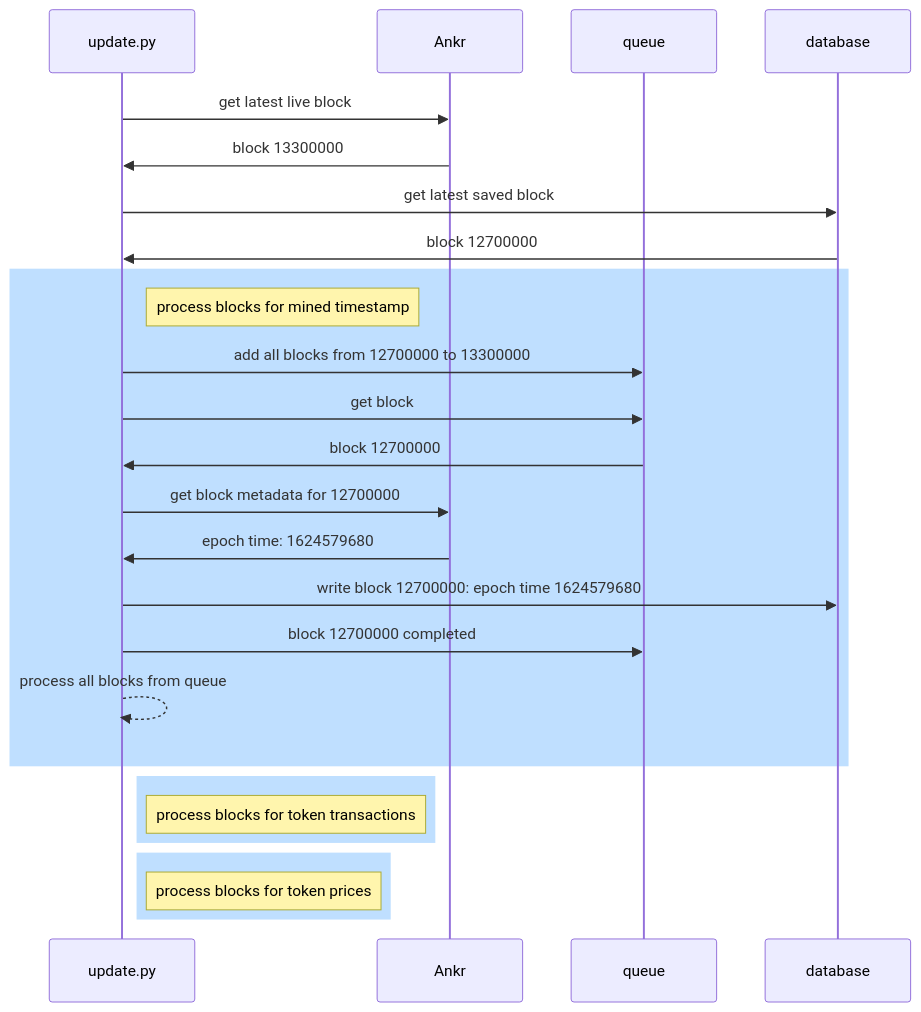
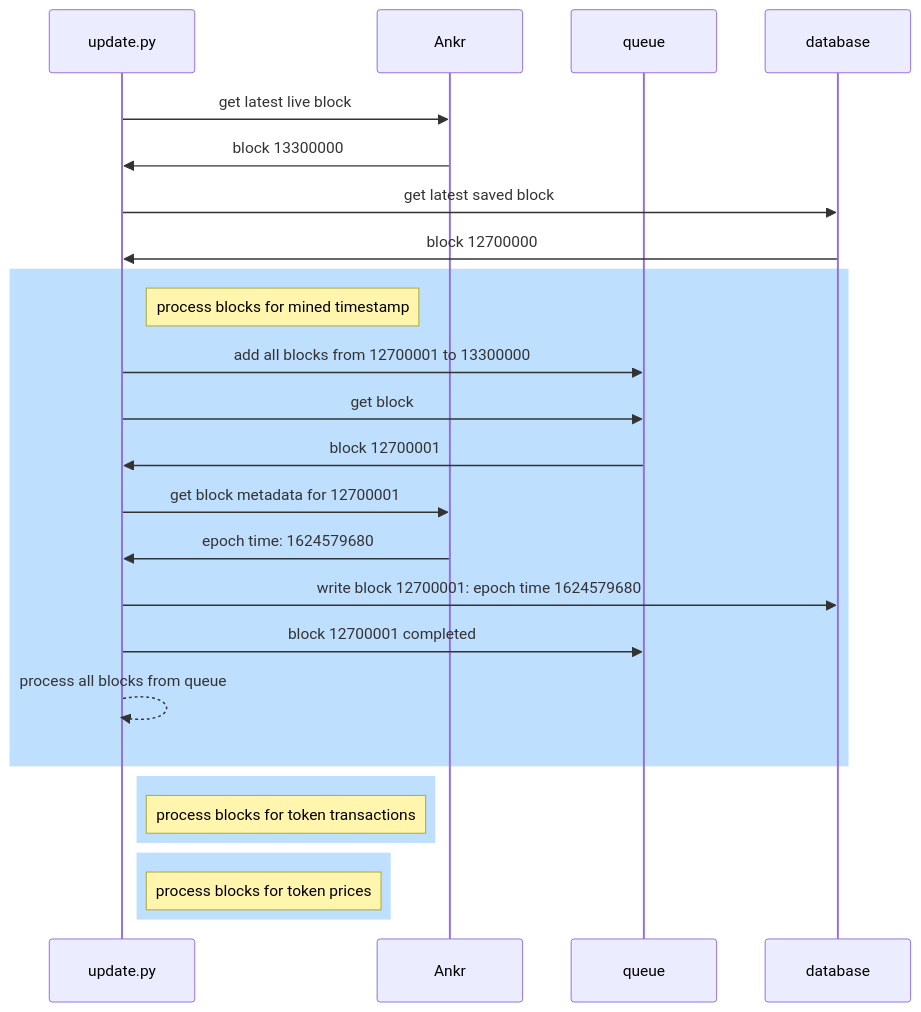
One commit to twang35/MakeItMakeCents changed the diagram in README.md. Above: the diagram before and after it, drawn with Mermaid.

Commit message:
update to next block in diagram

````diff
--- a/README.md
+++ b/README.md
@@ -15,31 +15,31 @@
 ```mermaid
 sequenceDiagram
     participant update.py
     participant Ankr
     participant queue
     participant database
     update.py->>Ankr: get latest live block
     Ankr->>update.py: block 13300000
     update.py->>database: get latest saved block
     database->>update.py: block 12700000
     
     rect rgb(191, 223, 255)
     note right of update.py: process blocks for mined timestamp
-    update.py->>queue: add all blocks from 12700000 to 13300000
+    update.py->>queue: add all blocks from 12700001 to 13300000
     update.py->>queue: get block
-    queue->>update.py: block 12700000
-    update.py->>Ankr: get block metadata for 12700000
+    queue->>update.py: block 12700001
+    update.py->>Ankr: get block metadata for 12700001
     Ankr->>update.py: epoch time: 1624579680
-    update.py->>database: write block 12700000: epoch time 1624579680
-    update.py->>queue: block 12700000 completed
+    update.py->>database: write block 12700001: epoch time 1624579680
+    update.py->>queue: block 12700001 completed
     update.py-->>update.py: process all blocks from queue
     end
     
     rect rgb(191, 223, 255)
     note right of update.py: process blocks for token transactions
     end
     
     rect rgb(191, 223, 255)
     note right of update.py: process blocks for token prices
     end
 ```
````
